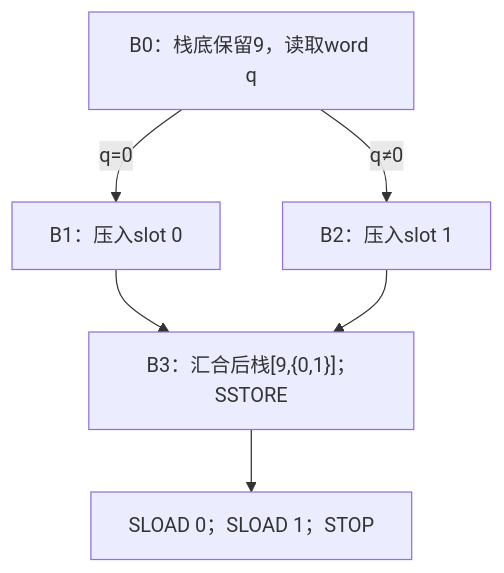
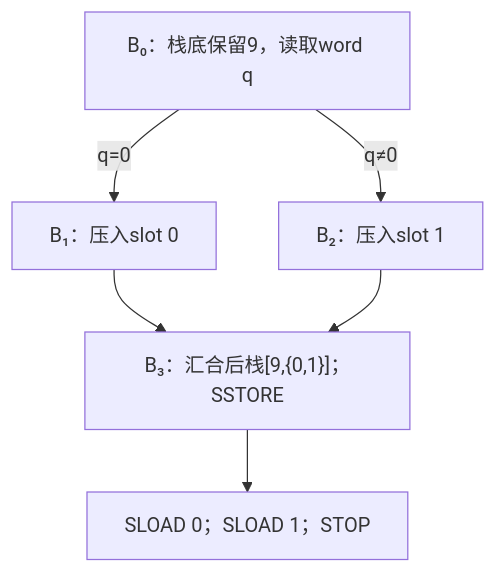
One commit to ethever/evm-abstract-lab changed the second of 2 diagrams in docs/16-storage-model.md. Above: the diagram before and after it, drawn with Mermaid. The commit also changed other lines of this file and 109 other files, not shown here.

````diff
--- a/docs/16-storage-model.md
+++ b/docs/16-storage-model.md
@@ -254,8 +254,8 @@
 ```mermaid
 flowchart TD
-    B0["B0：栈底保留9，读取word q"] -->|q=0| B1["B1：压入slot 0"]
-    B0 -->|q≠0| B2["B2：压入slot 1"]
-    B1 --> B3["B3：汇合后栈[9,{0,1}]；SSTORE"]
+    B0["B₀：栈底保留9，读取word q"] -->|q=0| B1["B₁：压入slot 0"]
+    B0 -->|q≠0| B2["B₂：压入slot 1"]
+    B1 --> B3["B₃：汇合后栈[9,{0,1}]；SSTORE"]
     B2 --> B3
     B3 --> R["SLOAD 0；SLOAD 1；STOP"]
 ```
````
